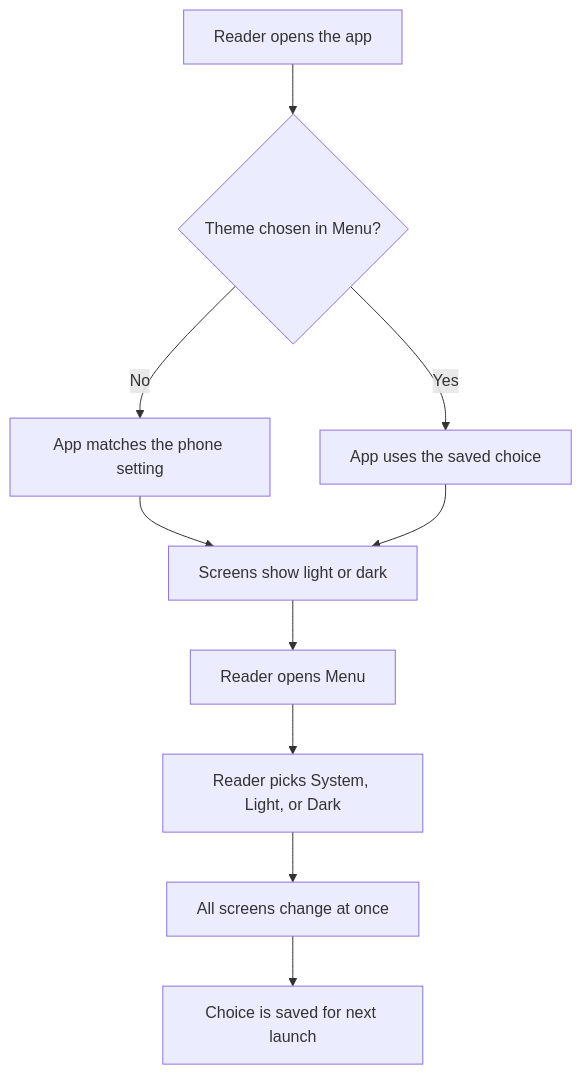
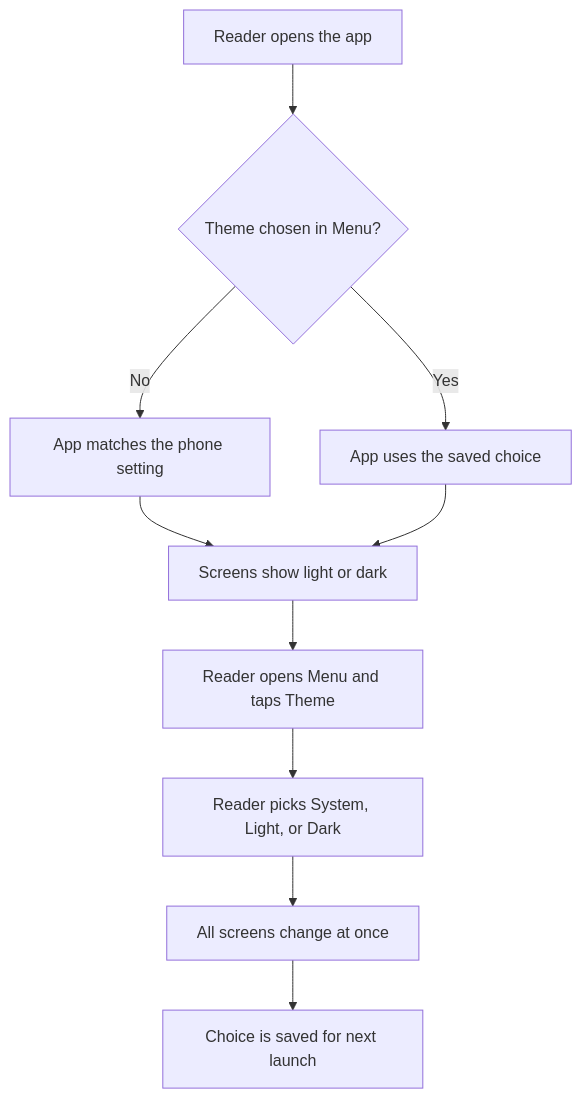
The diagram in docs/product/features/005-dark-mode.md (sunian/infobae-spectra-sandbox), drawn with Mermaid before and after one commit. The commit also changed other lines of this file and 79 other files, not shown here.

````diff
--- a/docs/product/features/005-dark-mode.md
+++ b/docs/product/features/005-dark-mode.md
@@ -26,12 +28,12 @@
 ```mermaid
 flowchart TD
   A[Reader opens the app] --> B{Theme chosen in Menu?}
   B -- No --> C[App matches the phone setting]
   B -- Yes --> D[App uses the saved choice]
   C --> E[Screens show light or dark]
   D --> E
-  E --> F[Reader opens Menu]
+  E --> F[Reader opens Menu and taps Theme]
   F --> G[Reader picks System, Light, or Dark]
   G --> H[All screens change at once]
   H --> I[Choice is saved for next launch]
 ```
````
